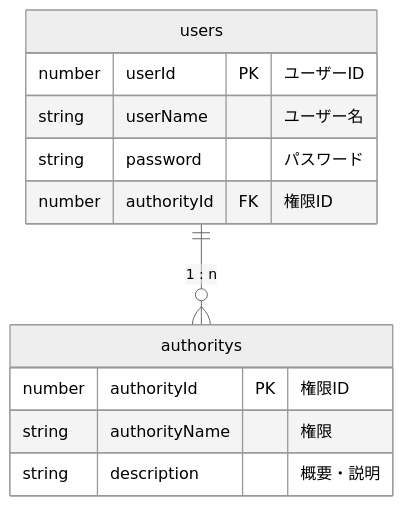
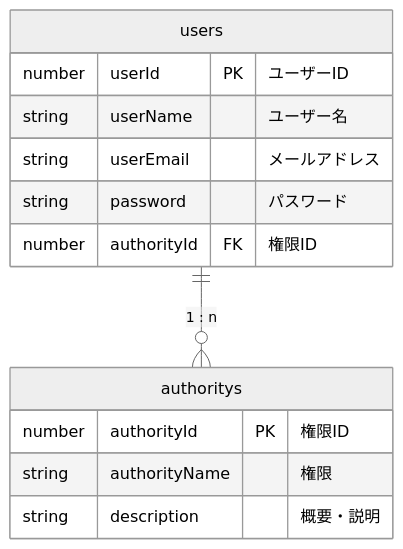
The second of 2 diagrams in ER-Diagram.md (illionillion/ra-assets-share-dev), drawn with Mermaid (neutral theme) before and after one commit. The commit also changed other lines of this file and 1 other file, not shown here.

Commit message:
png抽出・メアド

````diff
--- a/ER-Diagram.md
+++ b/ER-Diagram.md
@@ -29,20 +30,21 @@
 ```mermaid
 erDiagram
 
 users ||--o{ authoritys: "1 : n"
 
 
 users {
     number userId PK "ユーザーID"
     string userName "ユーザー名"
+    string userEmail "メールアドレス"
     string password "パスワード"
     number authorityId FK "権限ID"
 }
 
 authoritys {
     number authorityId PK "権限ID"
     string authorityName "権限"
     string description "概要・説明"
 }
 
 ```
````
